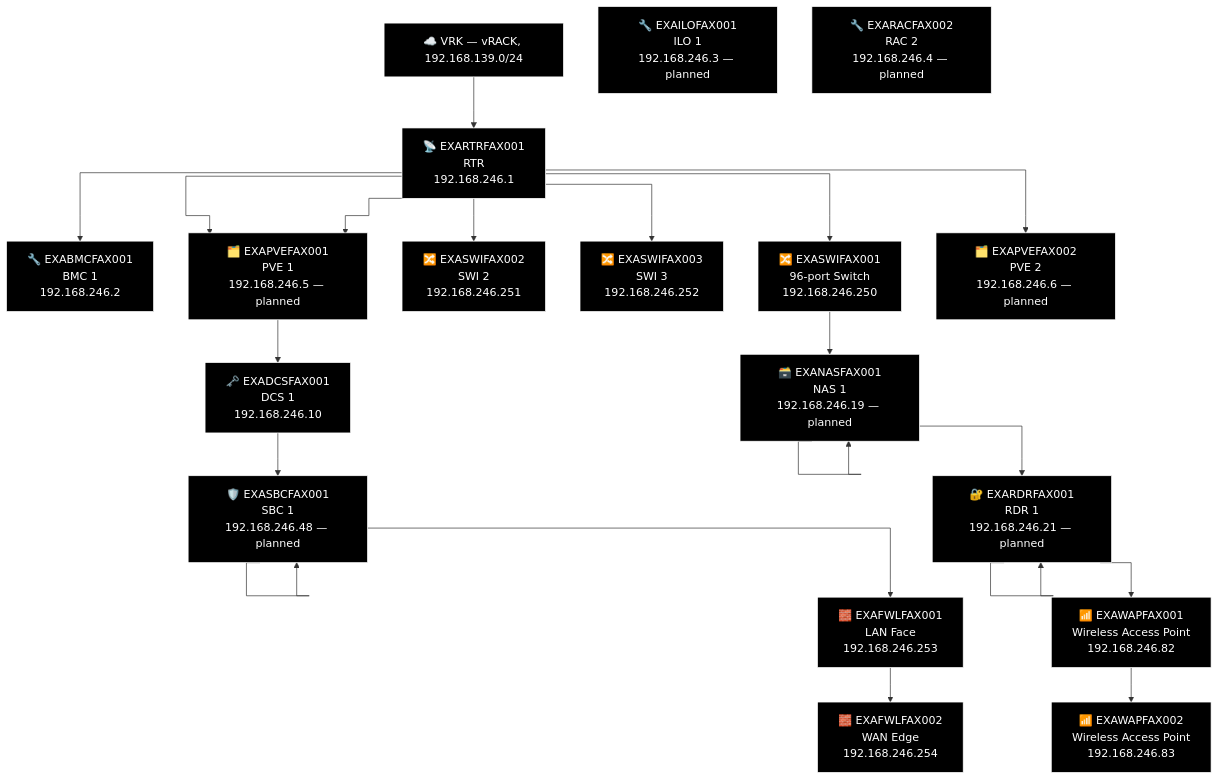
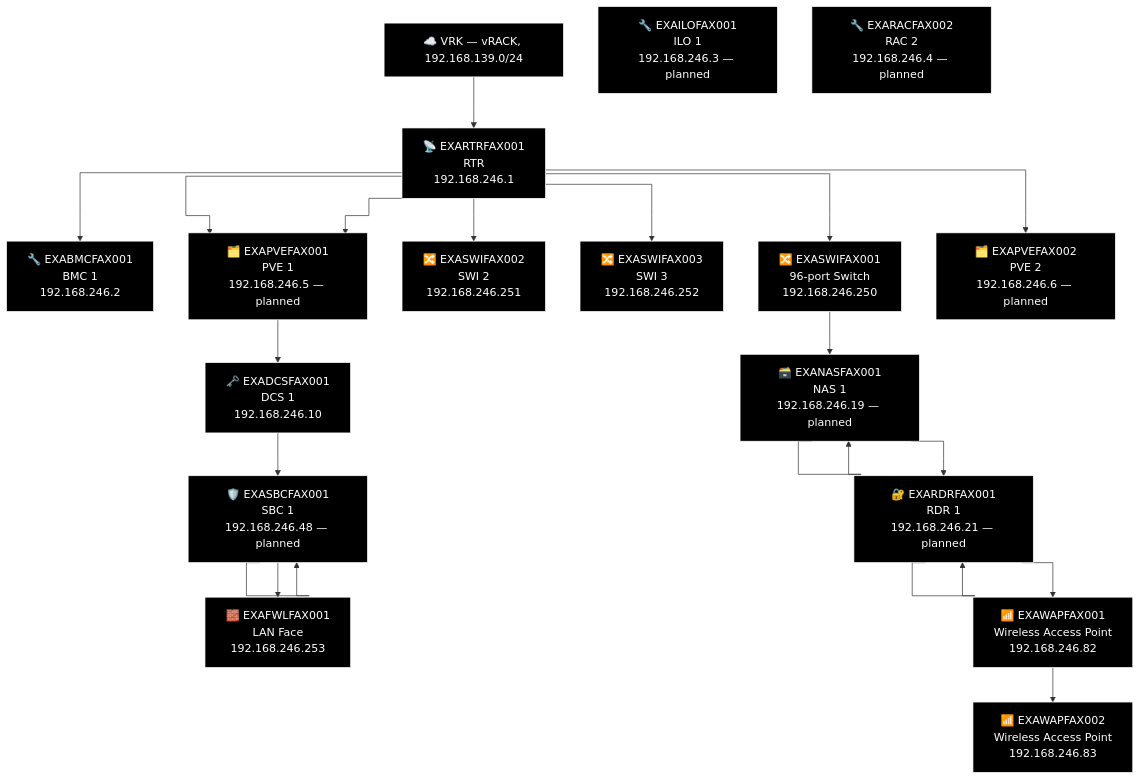
Diagram 11 of 23 in docs/network-diagram/danmark.md (knightmare2600/example_music_infra), drawn with Mermaid before and after one commit. The commit also changed other lines of this file and 9 other files, not shown here.

````diff
--- a/docs/network-diagram/danmark.md
+++ b/docs/network-diagram/danmark.md
@@ -563,60 +563,58 @@
 ```mermaid
 %% GENERATED:TOPOLOGY:FAX:START
 %%{init: {'flowchart': {'curve': 'stepAfter'}}}%%
 graph TD
     T_VRK["☁️ VRK — vRACK, 192.168.139.0/24"]
     T_RTR["📡 EXARTRFAX001<br/>RTR<br/>192.168.246.1"]
     T_VRK --> T_RTR
     T_BMC["🔧 EXABMCFAX001<br/>BMC 1<br/>192.168.246.2"]
     T_RTR --> T_BMC
     T_PVE["🗂️ EXAPVEFAX001<br/>PVE 1<br/>192.168.246.5"]
     T_RTR --> T_PVE
     T_SWI["🔀 EXASWIFAX002<br/>SWI 2<br/>192.168.246.251"]
     T_RTR --> T_SWI
     T_SWI2["🔀 EXASWIFAX003<br/>SWI 3<br/>192.168.246.252"]
     T_RTR --> T_SWI2
     T_SWI3["🔀 EXASWIFAX001<br/>96-port Switch<br/>192.168.246.250"]
     T_RTR --> T_SWI3
     T_PVE["🗂️ EXAPVEFAX001<br/>PVE 1<br/>192.168.246.5 — planned"]
     T_RTR --> T_PVE
     T_PVE2["🗂️ EXAPVEFAX002<br/>PVE 2<br/>192.168.246.6 — planned"]
     T_RTR --> T_PVE2
     T_NAS["🗃️ EXANASFAX001<br/>NAS<br/>192.168.246.19"]
     T_NAS["🗃️ EXANASFAX001<br/>NAS 1<br/>192.168.246.19 — planned"]
     T_RDR["🔐 EXARDRFAX001<br/>RDR<br/>192.168.246.21"]
     T_RDR["🔐 EXARDRFAX001<br/>RDR 1<br/>192.168.246.21 — planned"]
     T_WAP["📶 EXAWAPFAX001<br/>Wireless Access Point<br/>192.168.246.82"]
     T_WAP2["📶 EXAWAPFAX002<br/>Wireless Access Point<br/>192.168.246.83"]
     T_SWI3 --> T_NAS --> T_NAS --> T_RDR --> T_RDR --> T_WAP --> T_WAP2
     T_DCS["🗝️ EXADCSFAX001<br/>DCS 1<br/>192.168.246.10"]
     T_SBC["🛡️ EXASBCFAX001<br/>SBC<br/>192.168.246.48"]
     T_SBC["🛡️ EXASBCFAX001<br/>SBC 1<br/>192.168.246.48 — planned"]
     T_FWL["🧱 EXAFWLFAX001<br/>LAN Face<br/>192.168.246.253"]
-    T_FWL2["🧱 EXAFWLFAX002<br/>WAN Edge<br/>192.168.246.254"]
-    T_PVE --> T_DCS --> T_SBC --> T_SBC --> T_FWL --> T_FWL2
+    T_PVE --> T_DCS --> T_SBC --> T_SBC --> T_FWL
     T_ILO["🔧 EXAILOFAX001<br/>ILO 1<br/>192.168.246.3 — planned"]
     T_RAC["🔧 EXARACFAX002<br/>RAC 2<br/>192.168.246.4 — planned"]
     style T_VRK fill:#000000,stroke:#FFFFFF,color:#FFFFFF
     style T_RTR fill:#000000,stroke:#FFFFFF,color:#FFFFFF
     style T_BMC fill:#000000,stroke:#FFFFFF,color:#FFFFFF
     style T_PVE fill:#000000,stroke:#FFFFFF,color:#FFFFFF
     style T_SWI fill:#000000,stroke:#FFFFFF,color:#FFFFFF
     style T_SWI2 fill:#000000,stroke:#FFFFFF,color:#FFFFFF
     style T_SWI3 fill:#000000,stroke:#FFFFFF,color:#FFFFFF
     style T_PVE fill:#000000,stroke:#FFFFFF,color:#FFFFFF
     style T_PVE2 fill:#000000,stroke:#FFFFFF,color:#FFFFFF
     style T_NAS fill:#000000,stroke:#FFFFFF,color:#FFFFFF
     style T_NAS fill:#000000,stroke:#FFFFFF,color:#FFFFFF
     style T_RDR fill:#000000,stroke:#FFFFFF,color:#FFFFFF
     style T_RDR fill:#000000,stroke:#FFFFFF,color:#FFFFFF
     style T_WAP fill:#000000,stroke:#FFFFFF,color:#FFFFFF
     style T_WAP2 fill:#000000,stroke:#FFFFFF,color:#FFFFFF
     style T_DCS fill:#000000,stroke:#FFFFFF,color:#FFFFFF
     style T_SBC fill:#000000,stroke:#FFFFFF,color:#FFFFFF
     style T_SBC fill:#000000,stroke:#FFFFFF,color:#FFFFFF
     style T_FWL fill:#000000,stroke:#FFFFFF,color:#FFFFFF
-    style T_FWL2 fill:#000000,stroke:#FFFFFF,color:#FFFFFF
     style T_ILO fill:#000000,stroke:#FFFFFF,color:#FFFFFF
     style T_RAC fill:#000000,stroke:#FFFFFF,color:#FFFFFF
 %% GENERATED:TOPOLOGY:FAX:END
 ```
````
